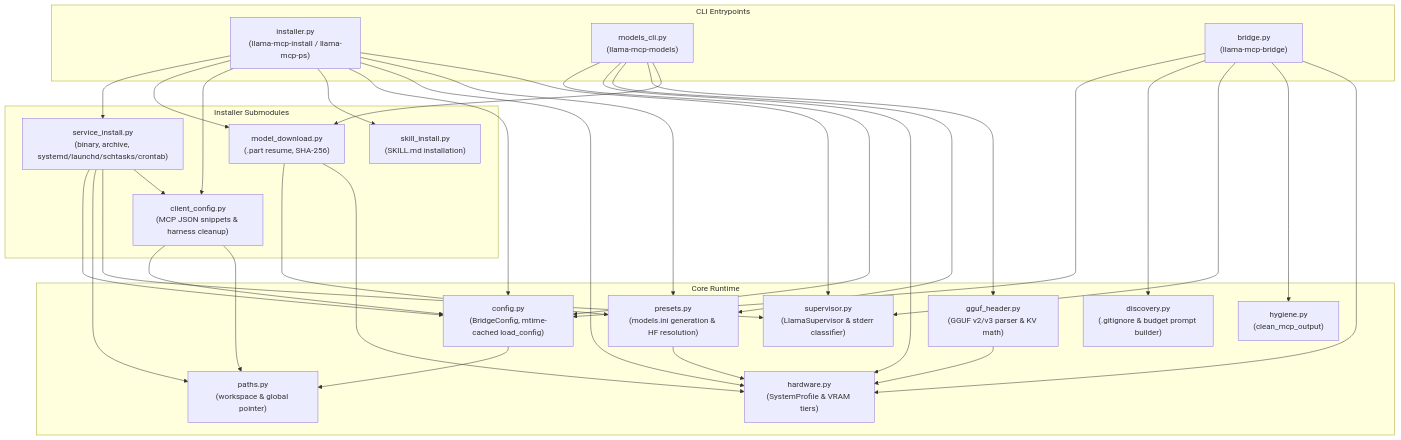
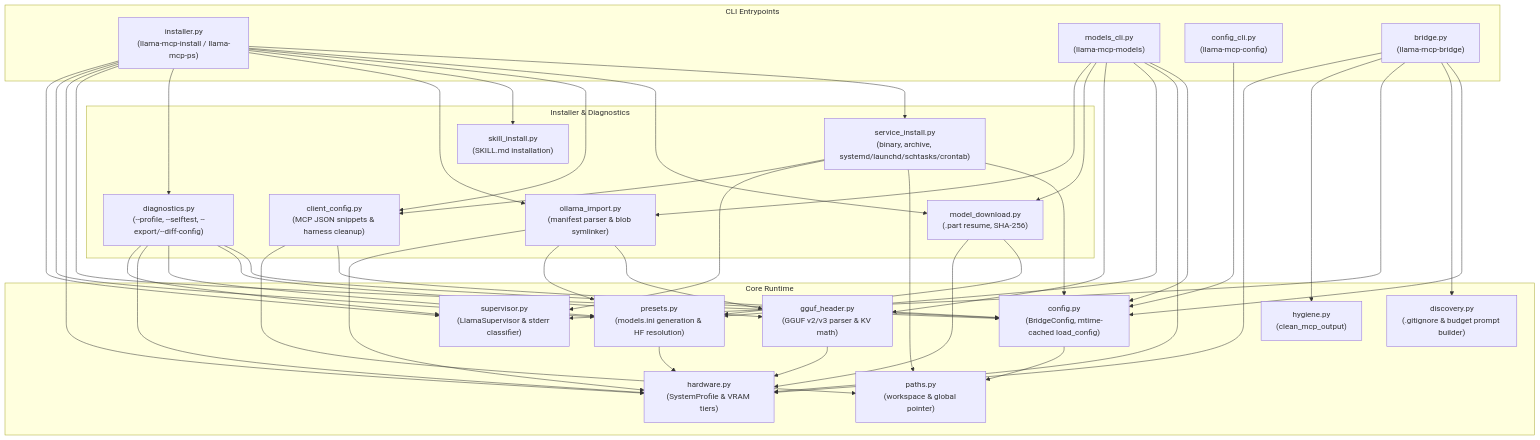
Before and after one commit to OakHell/llama-mcp-bridge: the diagram in ARCHITECTURE.md, drawn with Mermaid. The commit also changed 15 other files, not shown here.

Commit message:
feat(v0.11.0): Ollama blob symlinker, diagnostics, config CLI, and introspection

````diff
--- a/ARCHITECTURE.md
+++ b/ARCHITECTURE.md
@@ -7,37 +7,43 @@
 ```mermaid
 flowchart TD
     subgraph CLI["CLI Entrypoints"]
         INSTALL["installer.py<br/>(llama-mcp-install / llama-mcp-ps)"]
         MODELS["models_cli.py<br/>(llama-mcp-models)"]
+        CFGCLI["config_cli.py<br/>(llama-mcp-config)"]
         BRIDGE["bridge.py<br/>(llama-mcp-bridge)"]
     end
 
-    subgraph InstallerModules["Installer Submodules"]
+    subgraph InstallerModules["Installer & Diagnostics"]
         SVC["service_install.py<br/>(binary, archive, systemd/launchd/schtasks/crontab)"]
         DL["model_download.py<br/>(.part resume, SHA-256)"]
         CLIENT["client_config.py<br/>(MCP JSON snippets & harness cleanup)"]
         SKILL["skill_install.py<br/>(SKILL.md installation)"]
+        OLLAMA["ollama_import.py<br/>(manifest parser & blob symlinker)"]
+        DIAG["diagnostics.py<br/>(--profile, --selftest, --export/--diff-config)"]
     end
 
     subgraph Core["Core Runtime"]
         CFG["config.py<br/>(BridgeConfig, mtime-cached load_config)"]
         PATHS["paths.py<br/>(workspace & global pointer)"]
         HW["hardware.py<br/>(SystemProfile & VRAM tiers)"]
         PRESETS["presets.py<br/>(models.ini generation & HF resolution)"]
         GGUF["gguf_header.py<br/>(GGUF v2/v3 parser & KV math)"]
         DISC["discovery.py<br/>(.gitignore & budget prompt builder)"]
         SUP["supervisor.py<br/>(LlamaSupervisor & stderr classifier)"]
         HYG["hygiene.py<br/>(clean_mcp_output)"]
     end
 
-    INSTALL --> SVC & DL & CLIENT & SKILL
+    INSTALL --> SVC & DL & CLIENT & SKILL & OLLAMA & DIAG
     INSTALL --> CFG & HW & PRESETS & SUP
-    MODELS --> CFG & HW & PRESETS & GGUF & DL
+    MODELS --> CFG & HW & PRESETS & GGUF & DL & OLLAMA
+    CFGCLI --> CFG
+    OLLAMA --> GGUF & PRESETS & HW
+    DIAG --> CFG & GGUF & PRESETS & HW & SUP
     BRIDGE --> CFG & DISC & SUP & HYG & HW
     SVC --> CFG & PATHS & SUP & CLIENT
     DL --> PRESETS & HW
     CLIENT --> CFG & PATHS
     CFG --> PATHS
     PRESETS --> HW
     GGUF --> HW
 ```
````
